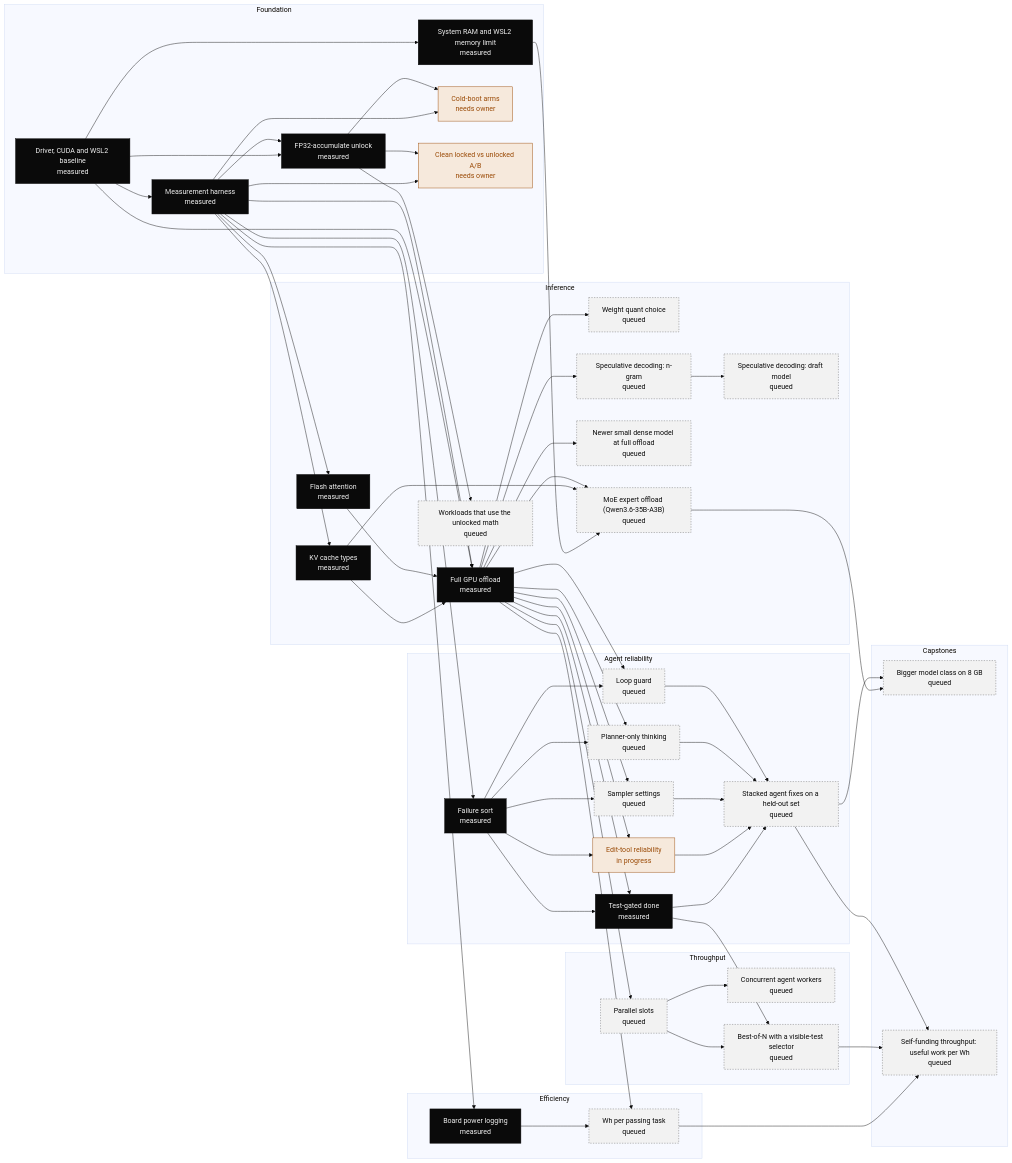
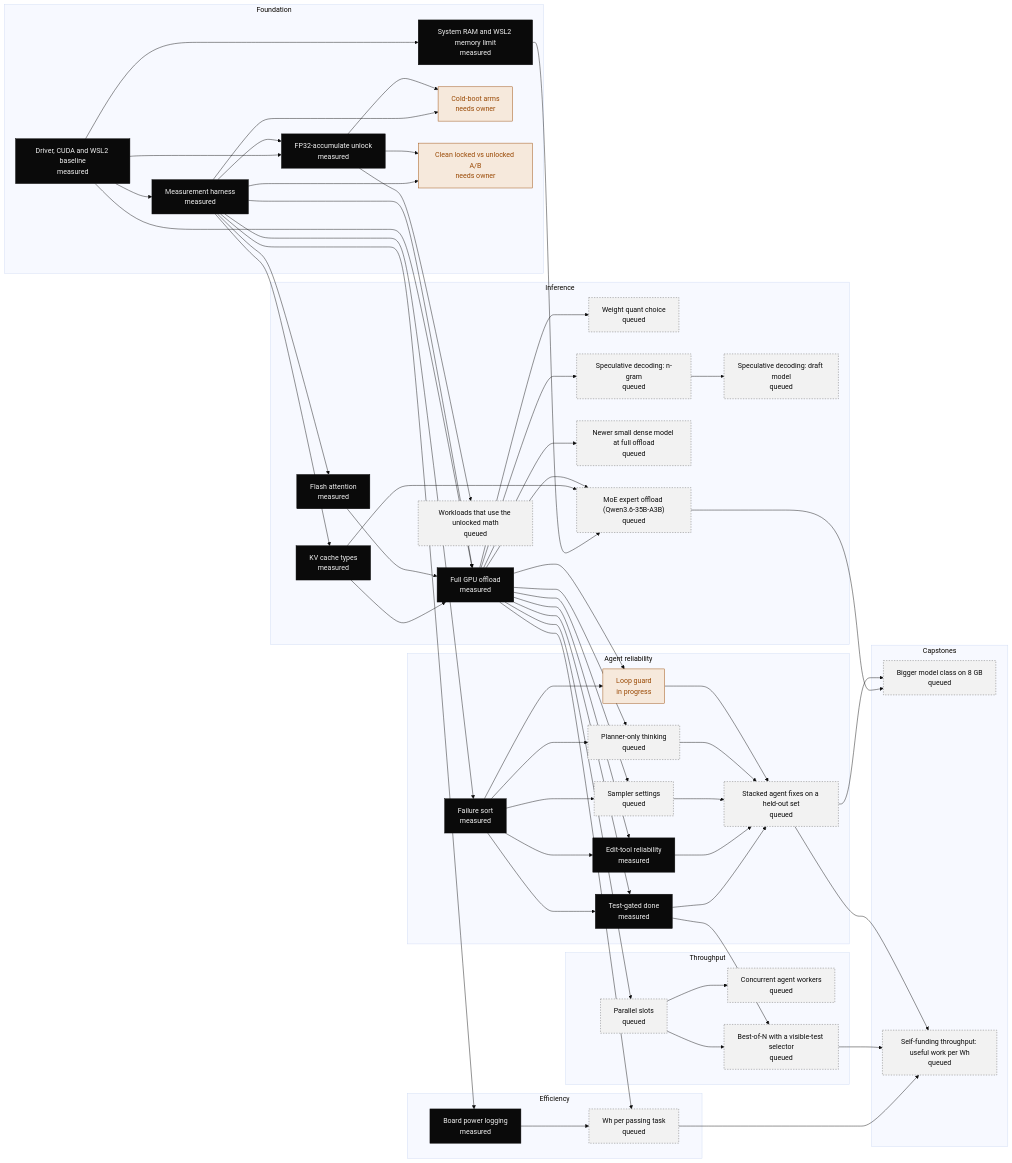
Before and after one commit to lemonaide152/gpu-unlock-3070-lhr: the diagram in TECH-TREE.md, drawn with Mermaid (base theme). The commit also changed other lines of this file and 1 other file, not shown here.

Commit message:
tech tree: sync (11 of 29 measured)

````diff
--- a/TECH-TREE.md
+++ b/TECH-TREE.md
@@ -46,10 +46,10 @@
   subgraph agent["Agent reliability"]
     failure_sort["Failure sort<br/>measured"]
     test_gate["Test-gated done<br/>measured"]
-    tool_call_format["Edit-tool reliability<br/>in progress"]
+    tool_call_format["Edit-tool reliability<br/>measured"]
     sampler["Sampler settings<br/>queued"]
     thinking_budget["Planner-only thinking<br/>queued"]
-    loop_guard["Loop guard<br/>queued"]
+    loop_guard["Loop guard<br/>in progress"]
     agent_stack["Stacked agent fixes on a held-out set<br/>queued"]
   end
   subgraph throughput["Throughput"]
@@ -118,7 +118,7 @@
   classDef measured fill:#0a0a0a,color:#f2f2f2,stroke:#0a0a0a
   classDef live fill:#f6e9dc,color:#9a4a06,stroke:#9a4a06
   classDef queued fill:#f2f2f2,color:#0a0a0a,stroke:#6b6b6b,stroke-dasharray:3 3
-  class stack_baseline,harness,unlock_fp32acc,ram_wsl_check,kv_cache_types,flash_attention,full_offload,failure_sort,test_gate,power_log measured
-  class cold_boot,locked_ab,tool_call_format live
-  class quant_choice,spec_ngram,spec_draft,dense_newer,moe_offload,fp16_workloads,sampler,thinking_budget,loop_guard,agent_stack,parallel_slots,agent_workers,best_of_n,wh_per_pass,bigger_class,useful_work_per_wh queued
+  class stack_baseline,harness,unlock_fp32acc,ram_wsl_check,kv_cache_types,flash_attention,full_offload,failure_sort,test_gate,tool_call_format,power_log measured
+  class cold_boot,locked_ab,loop_guard live
+  class quant_choice,spec_ngram,spec_draft,dense_newer,moe_offload,fp16_workloads,sampler,thinking_budget,agent_stack,parallel_slots,agent_workers,best_of_n,wh_per_pass,bigger_class,useful_work_per_wh queued
 ```
````
